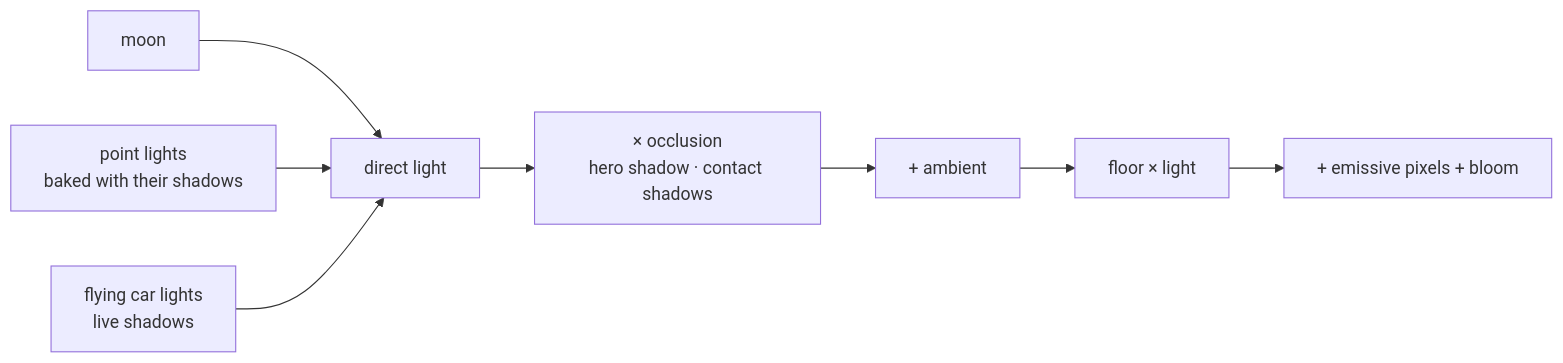
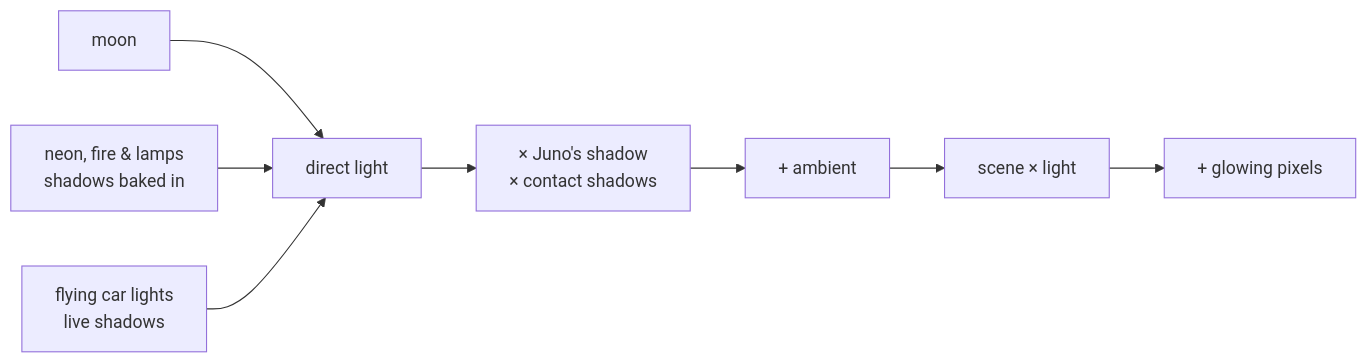
One commit to schlessera/character-generation changed the fourth of 4 diagrams in README.md. Above: the diagram before and after it, drawn with Mermaid. The commit also changed other lines of this file and 1 other file, not shown here.

````diff
--- a/README.md
+++ b/README.md
@@ -319,10 +343,10 @@
 ```mermaid
 flowchart LR
     MO["moon"] --> D["direct light"]
-    PL["point lights<br/>baked with their shadows"] --> D
+    PL["neon, fire & lamps<br/>shadows baked in"] --> D
     CAR["flying car lights<br/>live shadows"] --> D
-    D --> O["× occlusion<br/>hero shadow · contact shadows"]
+    D --> O["× Juno's shadow<br/>× contact shadows"]
     O --> A["+ ambient"]
-    A --> F["floor × light"]
-    F --> E["+ emissive pixels + bloom"]
+    A --> F["scene × light"]
+    F --> E["+ glowing pixels"]
 ```
````
